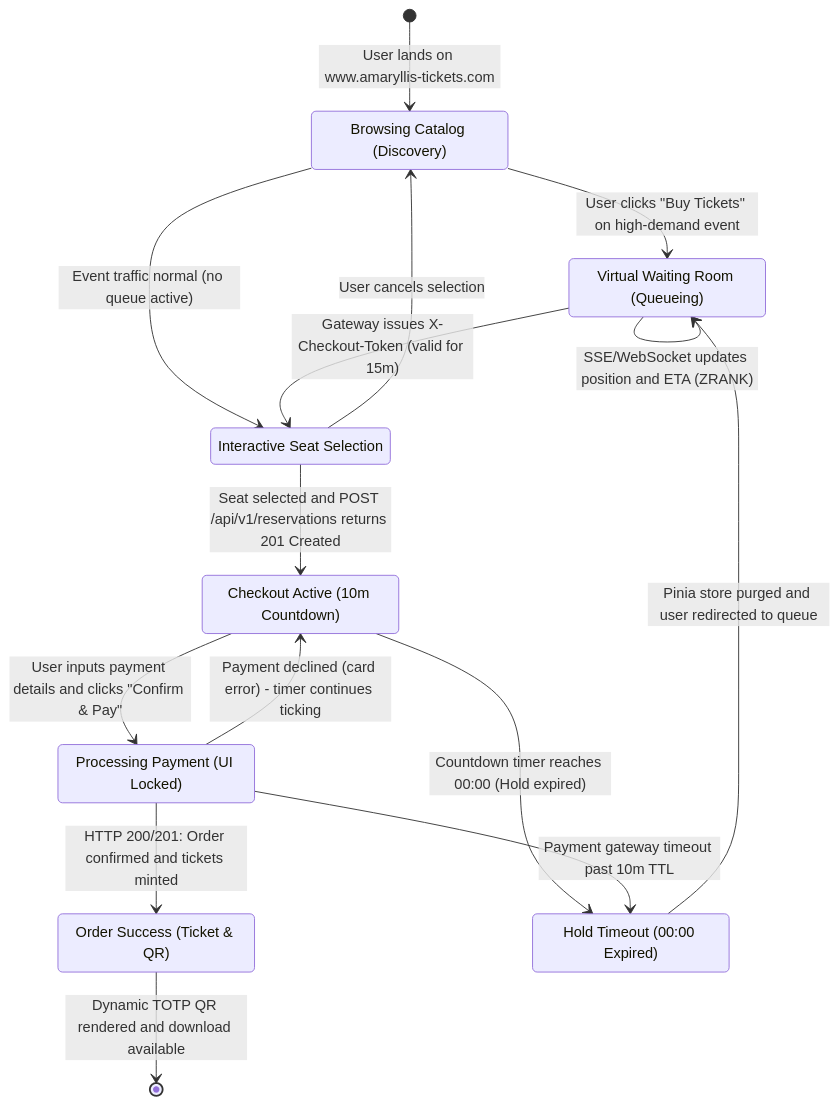
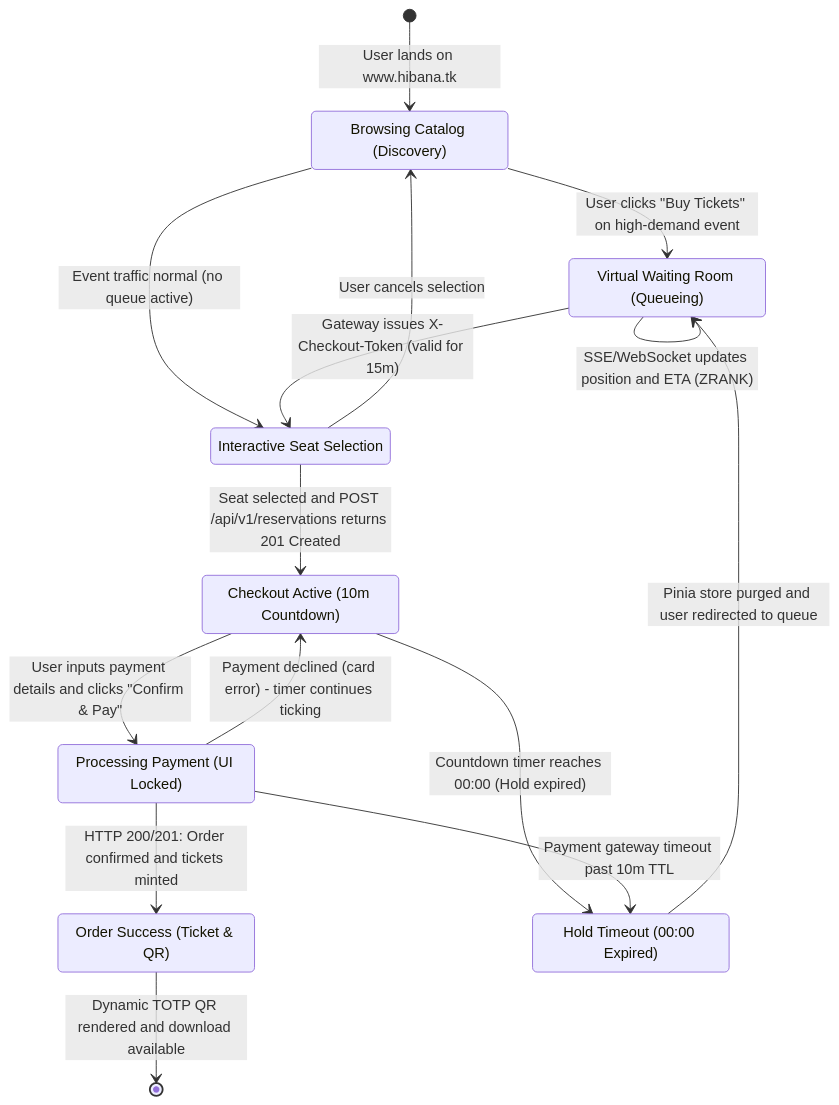
Before and after one commit to maaaseee/Hibana-ticketing-platform: the diagram in docs/architecture/diagrams/07-frontend-checkout-state-machine.md, drawn with Mermaid. The commit also changed 49 other files, not shown here.

````diff
--- a/docs/architecture/diagrams/07-frontend-checkout-state-machine.md
+++ b/docs/architecture/diagrams/07-frontend-checkout-state-machine.md
@@ -3,34 +3,34 @@
 ```mermaid
 stateDiagram-v2
-    [*] --> BrowsingCatalog: User lands on www.amaryllis-tickets.com
+    [*] --> BrowsingCatalog: User lands on www.hibana.tk
     
     state "Browsing Catalog (Discovery)" as BrowsingCatalog
     state "Virtual Waiting Room (Queueing)" as InWaitingRoom
     state "Interactive Seat Selection" as SeatSelection
     state "Checkout Active (10m Countdown)" as CheckoutActive
     state "Processing Payment (UI Locked)" as ProcessingPayment
     state "Order Success (Ticket & QR)" as SuccessScreen
     state "Hold Timeout (00:00 Expired)" as TimeoutExpired
 
     %% Navigation & Admission Flow
     BrowsingCatalog --> InWaitingRoom: User clicks "Buy Tickets" on high-demand event
     BrowsingCatalog --> SeatSelection: Event traffic normal (no queue active)
     InWaitingRoom --> InWaitingRoom: SSE/WebSocket updates position and ETA (ZRANK)
     InWaitingRoom --> SeatSelection: Gateway issues X-Checkout-Token (valid for 15m)
 
     %% Seat Selection & Reservation
     SeatSelection --> CheckoutActive: Seat selected and POST /api/v1/reservations returns 201 Created
     SeatSelection --> BrowsingCatalog: User cancels selection
 
     %% Checkout & Payment Lifecycle
     CheckoutActive --> ProcessingPayment: User inputs payment details and clicks "Confirm & Pay"
     CheckoutActive --> TimeoutExpired: Countdown timer reaches 00:00 (Hold expired)
 
     ProcessingPayment --> SuccessScreen: HTTP 200/201: Order confirmed and tickets minted
     ProcessingPayment --> CheckoutActive: Payment declined (card error) - timer continues ticking
     ProcessingPayment --> TimeoutExpired: Payment gateway timeout past 10m TTL
 
     %% Terminal States
     SuccessScreen --> [*]: Dynamic TOTP QR rendered and download available
     TimeoutExpired --> InWaitingRoom: Pinia store purged and user redirected to queue
 ```
````
